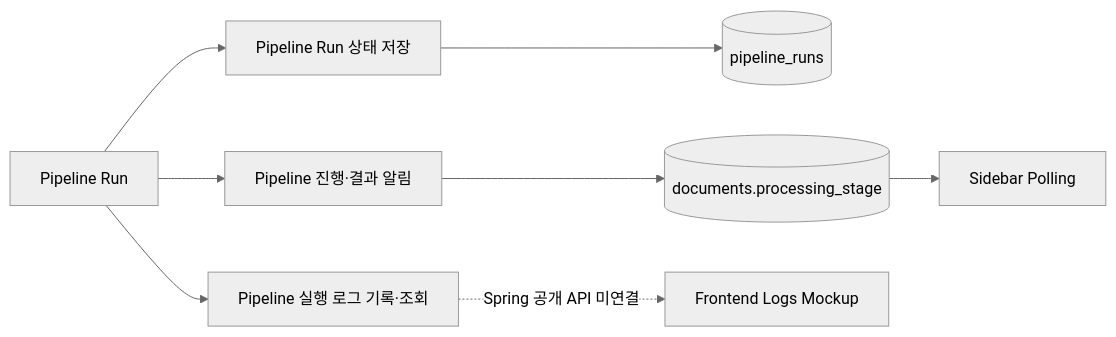
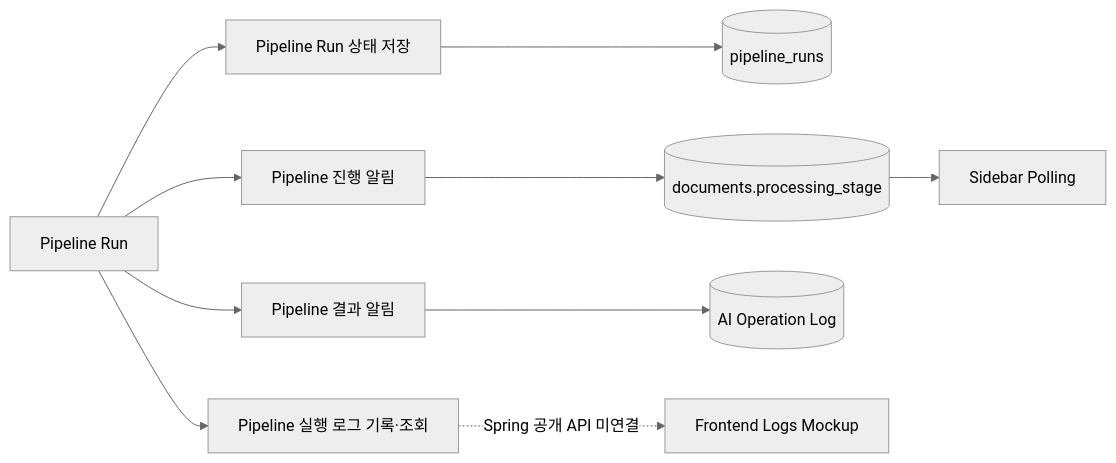
One commit to FruitionKR/local-pilot changed diagram 11 of 15 in docs/core-data-flow.md. Above: the diagram before and after it, drawn with Mermaid (neutral theme). The commit also changed other lines of this file and 28 other files, not shown here.

````diff
--- a/docs/core-data-flow.md
+++ b/docs/core-data-flow.md
@@ -516,16 +531,19 @@
 ```mermaid
 flowchart LR
     RUN[Pipeline Run]
     STATE["Pipeline Run 상태 저장"]
     DB[(pipeline_runs)]
     LOG["Pipeline 실행 로그 기록·조회"]
-    CALLBACK["Pipeline 진행·결과 알림"]
+    PROGRESS["Pipeline 진행 알림"]
+    RESULT["Pipeline 결과 알림"]
     STATUS[(documents.processing_stage)]
+    OPLOG[(AI Operation Log)]
     POLLING[Sidebar Polling]
     MOCK[Frontend Logs Mockup]
 
     RUN --> STATE --> DB
     RUN --> LOG
-    RUN --> CALLBACK --> STATUS --> POLLING
+    RUN --> PROGRESS --> STATUS --> POLLING
+    RUN --> RESULT --> OPLOG
     LOG -. Spring 공개 API 미연결 .-> MOCK
 ```
````
